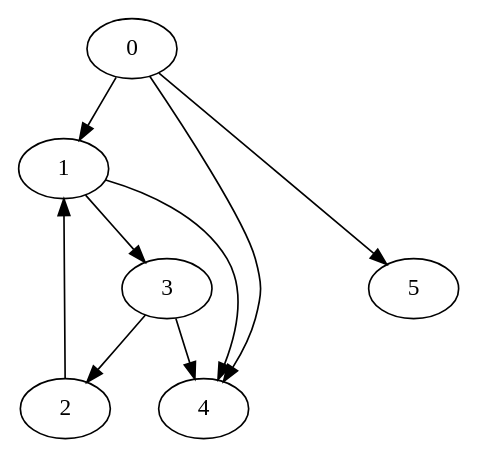
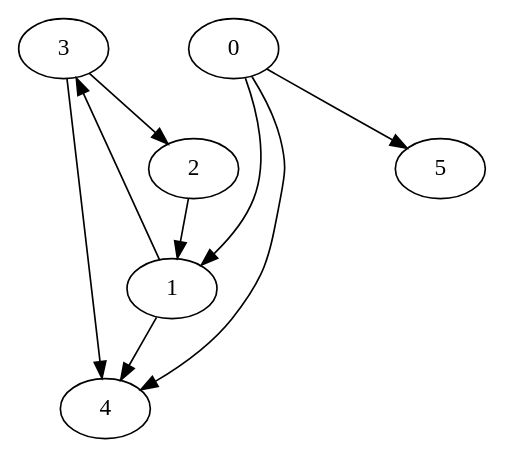
The diagram in chapter-4-trees-and-graphs/graph/graph.gv (nkane/cracking-the-code-interview), drawn with Graphviz before and after one commit. The commit also changed other lines of this file and 5 other files, not shown here.

```diff
--- a/chapter-4-trees-and-graphs/graph/graph.gv
+++ b/chapter-4-trees-and-graphs/graph/graph.gv
@@ -1,32 +1,32 @@
 strict digraph {
 
-
-	"1" [  weight=0 ];
-
-	"1" -> "4" [  weight=0 ];
-
-	"1" -> "3" [  weight=0 ];
-
-	"2" [  weight=0 ];
-
-	"2" -> "1" [  weight=0 ];
 
 	"3" [  weight=0 ];
 
 	"3" -> "2" [  weight=0 ];
 
 	"3" -> "4" [  weight=0 ];
 
 	"4" [  weight=0 ];
 
 	"5" [  weight=0 ];
 
 	"0" [  weight=0 ];
 
 	"0" -> "4" [  weight=0 ];
 
 	"0" -> "5" [  weight=0 ];
 
 	"0" -> "1" [  weight=0 ];
 
+	"1" [  weight=0 ];
+
+	"1" -> "4" [  weight=0 ];
+
+	"1" -> "3" [  weight=0 ];
+
+	"2" [  weight=0 ];
+
+	"2" -> "1" [  weight=0 ];
+
 }
```
